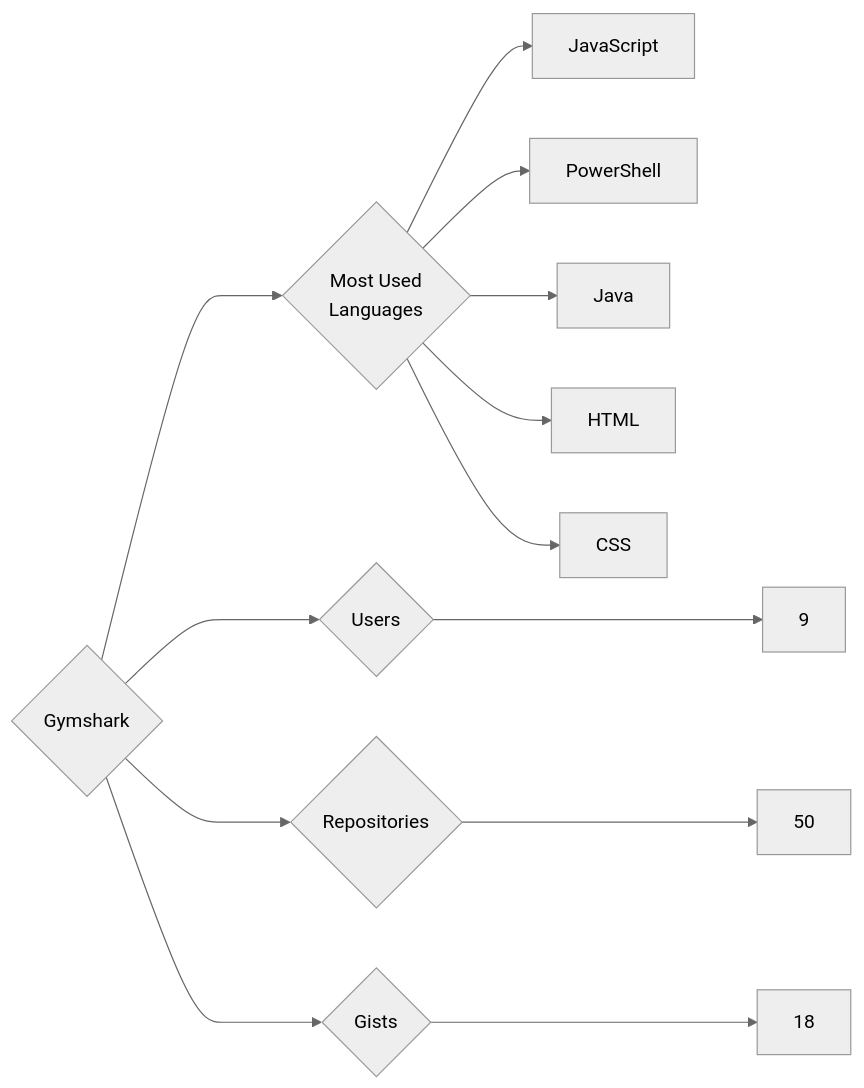
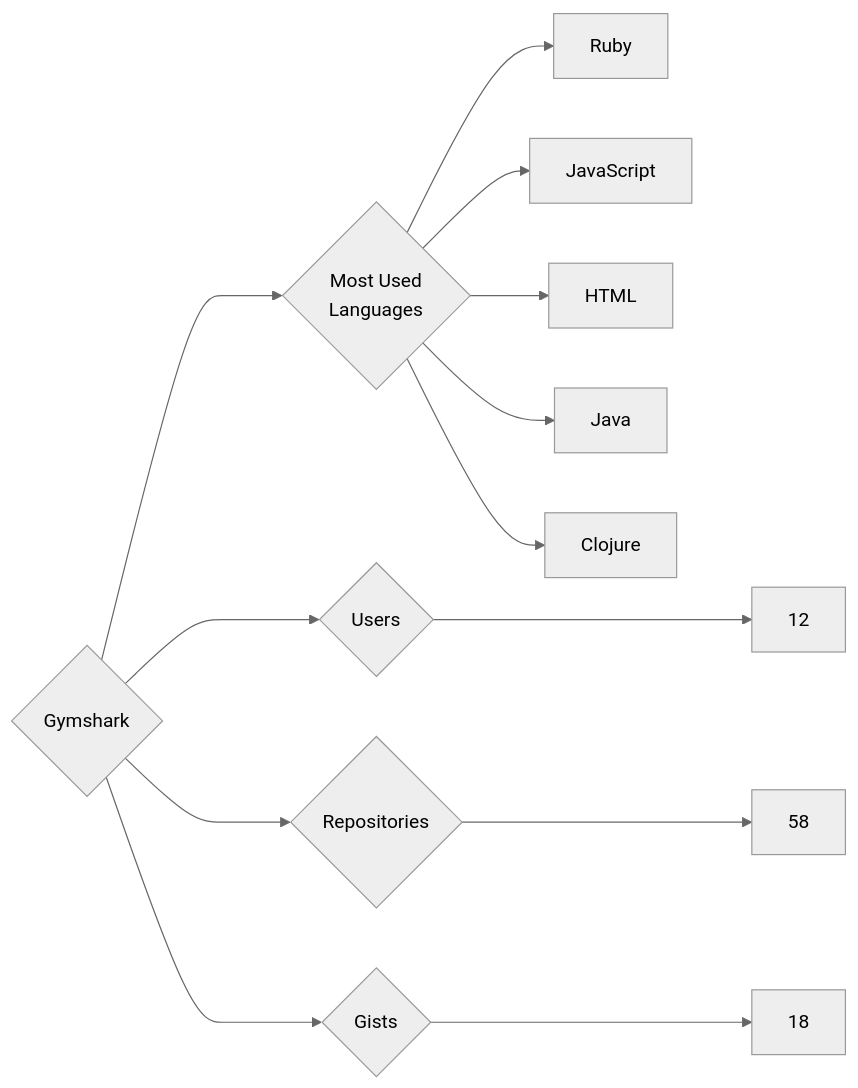
One commit to trickest/insiders changed the diagram in targets/Gymshark/README.md. Above: the diagram before and after it, drawn with Mermaid (neutral theme). The commit also changed 1195 other files, not shown here.

````diff
--- a/targets/Gymshark/README.md
+++ b/targets/Gymshark/README.md
@@ -3,13 +3,13 @@
 ```mermaid
 graph LR
 COMPANY_NAME{Gymshark}
-COMPANY_NAME ---> U{Users} ---> UN[9]
-COMPANY_NAME ---> R{Repositories} ---> RN[50]
+COMPANY_NAME ---> U{Users} ---> UN[12]
+COMPANY_NAME ---> R{Repositories} ---> RN[58]
 COMPANY_NAME ---> G{Gists} ---> GN[18]
 COMPANY_NAME ---> ML{Most Used<br>Languages}
+ML --> Ruby[Ruby]
 ML --> JavaScript[JavaScript]
-ML --> PowerShell[PowerShell]
+ML --> HTML[HTML]
 ML --> Java[Java]
-ML --> HTML[HTML]
-ML --> CSS[CSS]
+ML --> Clojure[Clojure]
 ```
````
